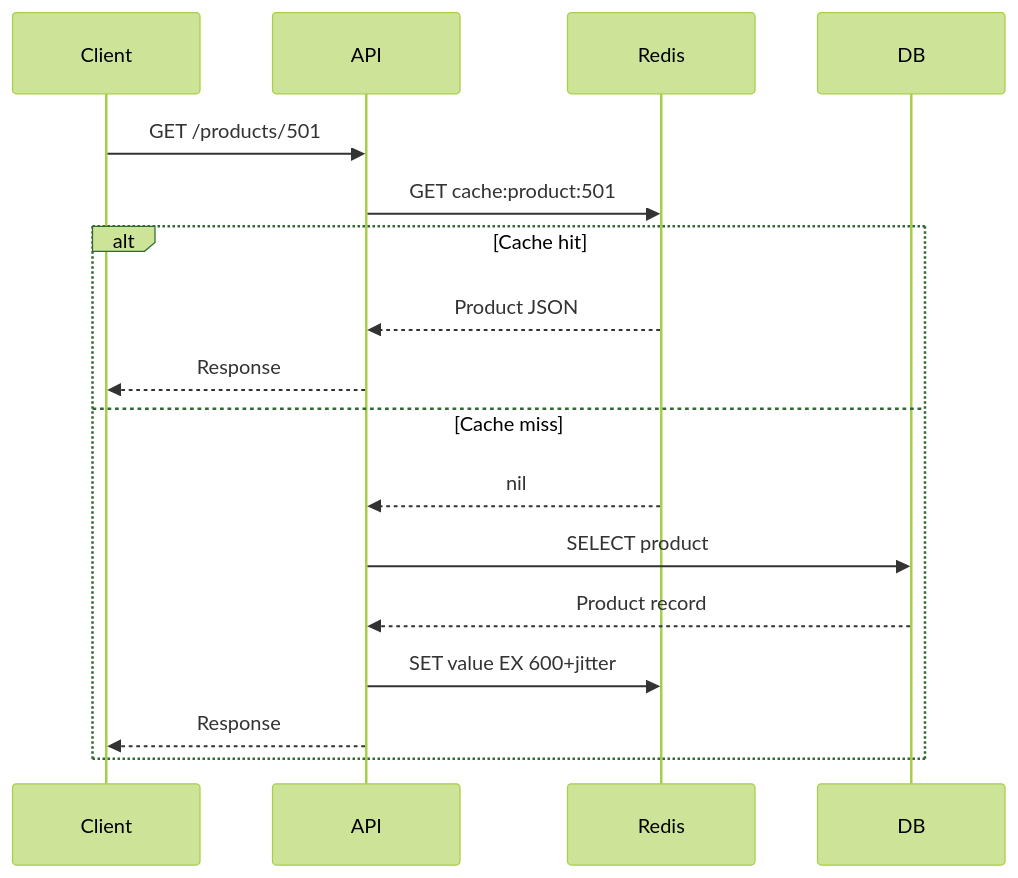
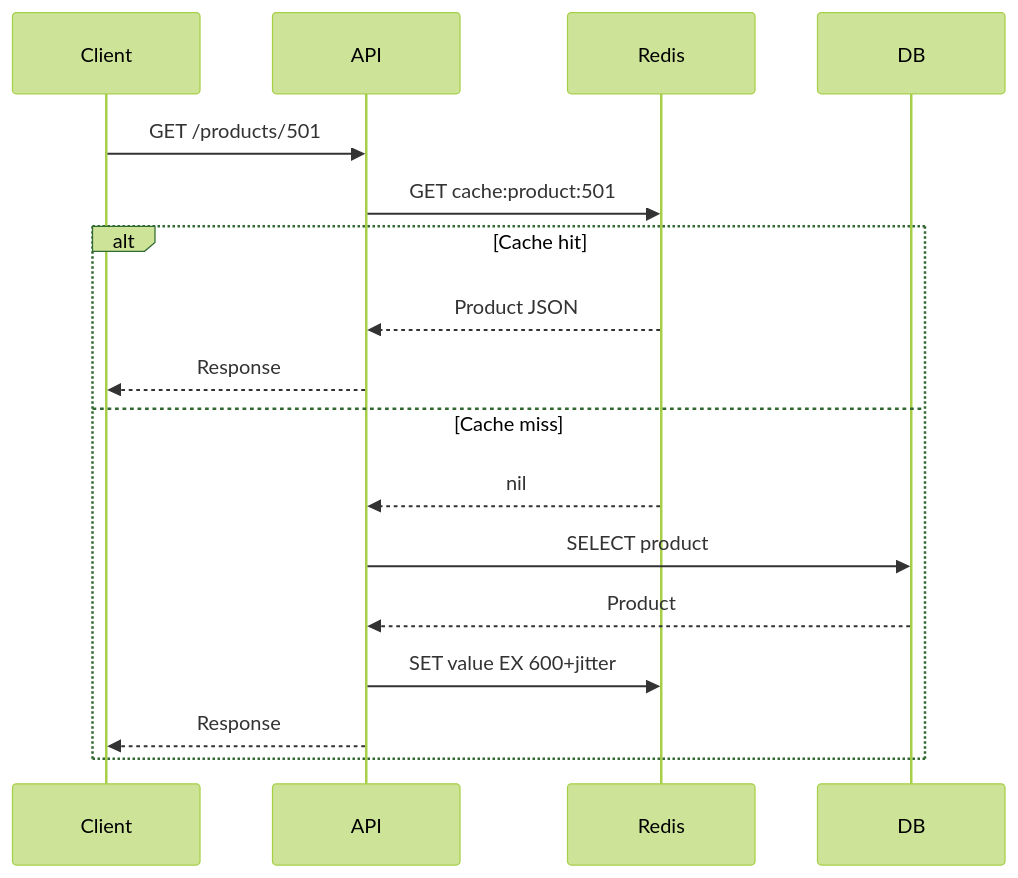
One commit to AvadhBhalodiya/Interview-Preparation changed the eighth of 9 diagrams in src/content/caching/ttl-eviction-policies.md. Above: the diagram before and after it, drawn with Mermaid (forest theme). The commit also changed other lines of this file and 54 other files, not shown here.

````diff
--- a/src/content/caching/ttl-eviction-policies.md
+++ b/src/content/caching/ttl-eviction-policies.md
@@ -1106,21 +595,21 @@
 ```mermaid
 sequenceDiagram
     participant Client
     participant API
     participant Redis
     participant DB
 
     Client->>API: GET /products/501
     API->>Redis: GET cache:product:501
 
     alt Cache hit
         Redis-->>API: Product JSON
         API-->>Client: Response
     else Cache miss
         Redis-->>API: nil
         API->>DB: SELECT product
-        DB-->>API: Product record
+        DB-->>API: Product
         API->>Redis: SET value EX 600+jitter
         API-->>Client: Response
     end
 ```
````
